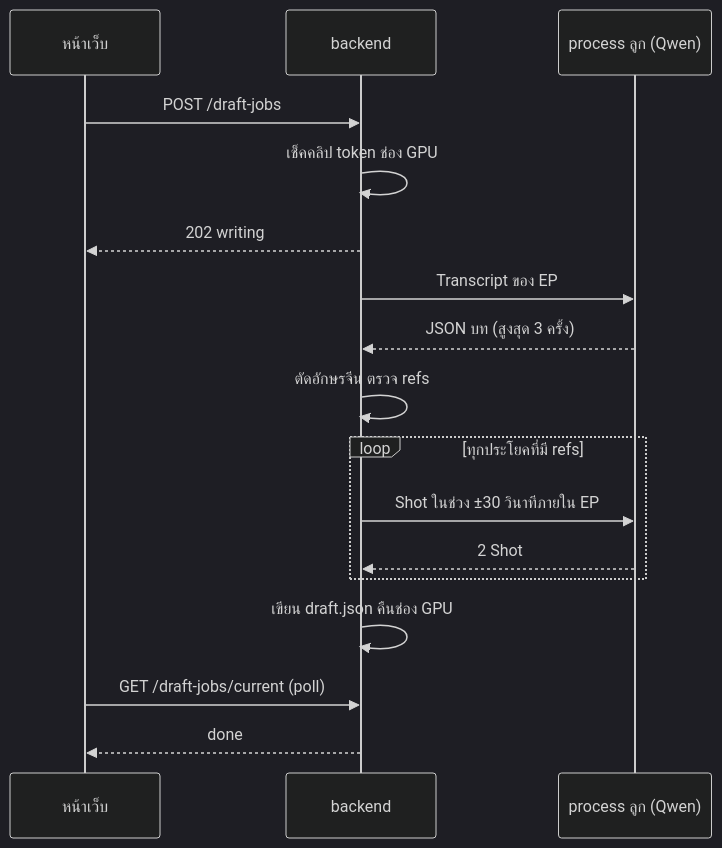
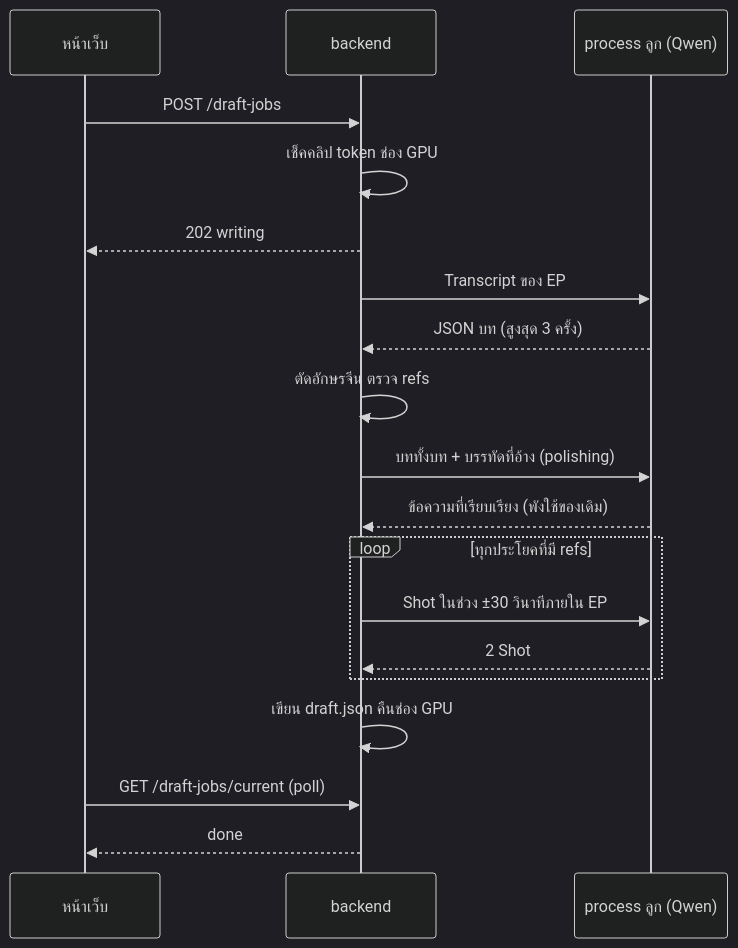
Before and after one commit to mousemouse094526/framecraft: the second of 5 diagrams in docs/features/spoil-maker/flow.md, drawn with Mermaid (dark theme). The commit also changed other lines of this file and 8 other files, not shown here.

````diff
--- a/docs/features/spoil-maker/flow.md
+++ b/docs/features/spoil-maker/flow.md
@@ -50,19 +50,21 @@
 ```mermaid
 sequenceDiagram
     participant UI as หน้าเว็บ
     participant API as backend
     participant W as process ลูก (Qwen)
     UI->>API: POST /draft-jobs
     API->>API: เช็คคลิป token ช่อง GPU
     API-->>UI: 202 writing
     API->>W: Transcript ของ EP
     W-->>API: JSON บท (สูงสุด 3 ครั้ง)
     API->>API: ตัดอักษรจีน ตรวจ refs
+    API->>W: บททั้งบท + บรรทัดที่อ้าง (polishing)
+    W-->>API: ข้อความที่เรียบเรียง (พังใช้ของเดิม)
     loop ทุกประโยคที่มี refs
         API->>W: Shot ในช่วง ±30 วินาทีภายใน EP
         W-->>API: 2 Shot
     end
     API->>API: เขียน draft.json คืนช่อง GPU
     UI->>API: GET /draft-jobs/current (poll)
     API-->>UI: done
 ```
````
